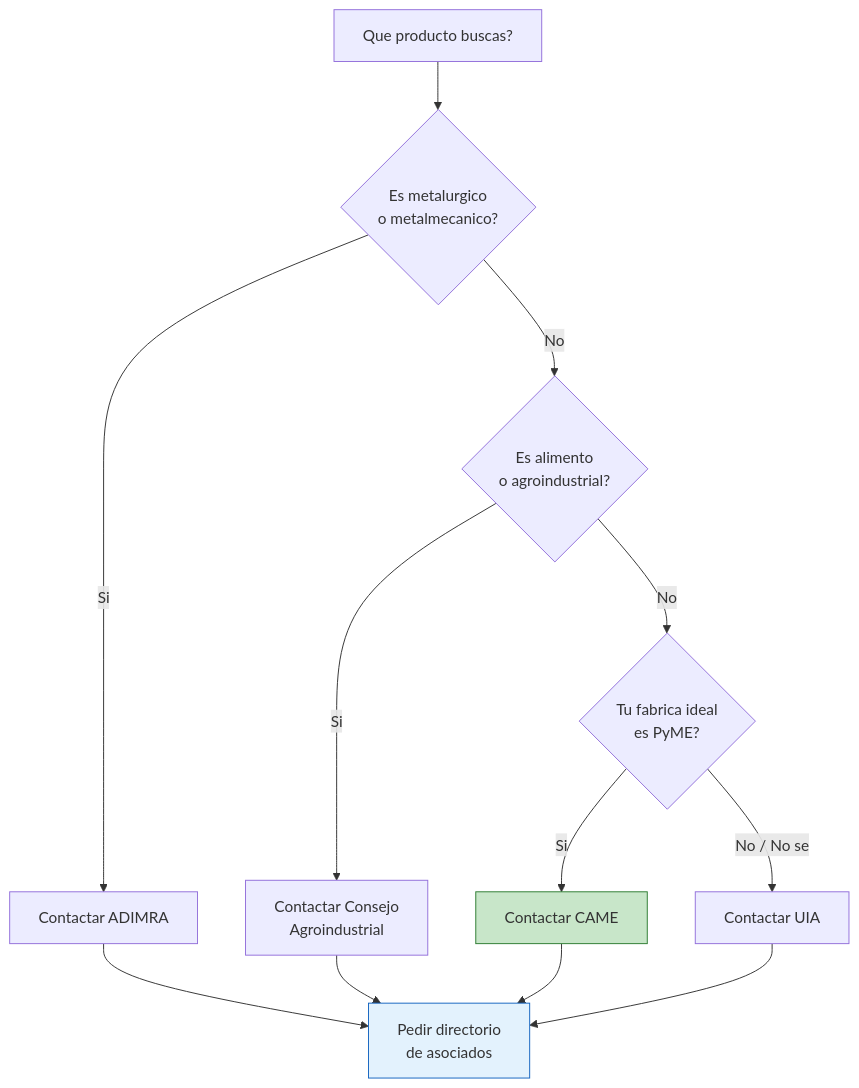
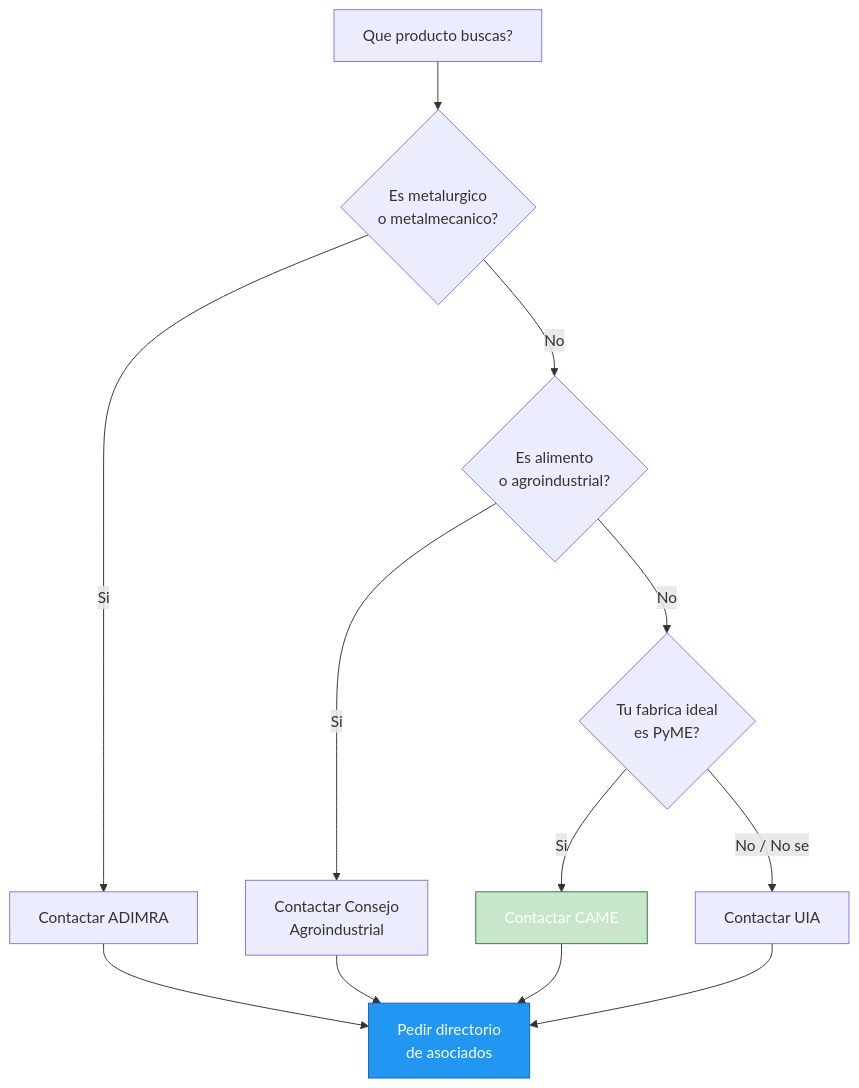
Before and after one commit to barrosignacioezequiel-coder/docs: the diagram in app/paso1-argentina/encontrar-fabricas/uia-came-grandes.mdx, drawn with Mermaid. The commit also changed 66 other files, not shown here.

First line of the commit message:
fix: resolve Mermaid v11 numbered list errors + improve contrast

````diff
--- a/app/paso1-argentina/encontrar-fabricas/uia-came-grandes.mdx
+++ b/app/paso1-argentina/encontrar-fabricas/uia-came-grandes.mdx
@@ -125,17 +125,17 @@
 ```mermaid
 graph TD
     A["Que producto buscas?"] --> B{"Es metalurgico<br/>o metalmecanico?"}
     B -- Si --> C["Contactar ADIMRA"]
     B -- No --> D{"Es alimento<br/>o agroindustrial?"}
     D -- Si --> E["Contactar Consejo<br/>Agroindustrial"]
     D -- No --> F{"Tu fabrica ideal<br/>es PyME?"}
     F -- Si --> G["Contactar CAME"]
     F -- No / No se --> H["Contactar UIA"]
     C --> I["Pedir directorio<br/>de asociados"]
     E --> I
     G --> I
     H --> I
 
-    style G fill:#c8e6c9,stroke:#2e7d32
-    style I fill:#e3f2fd,stroke:#1565c0
+    style G fill:#c8e6c9,stroke:#2e7d32,color:#fff
+    style I fill:#2196f3,stroke:#1565c0,color:#fff
 ```
````
